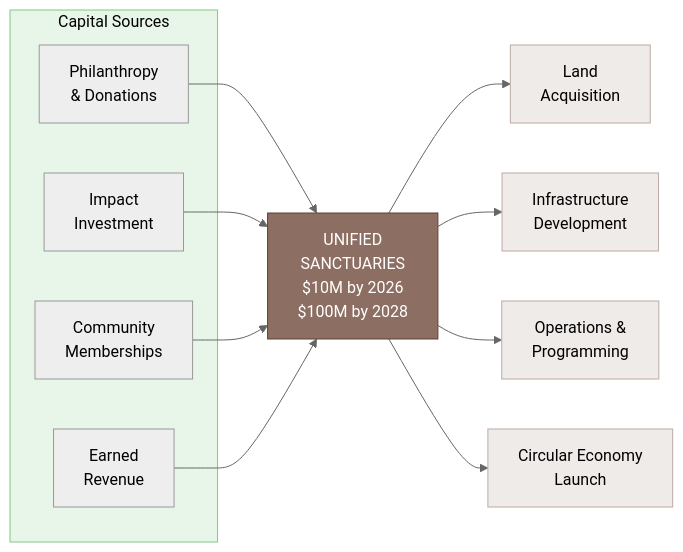
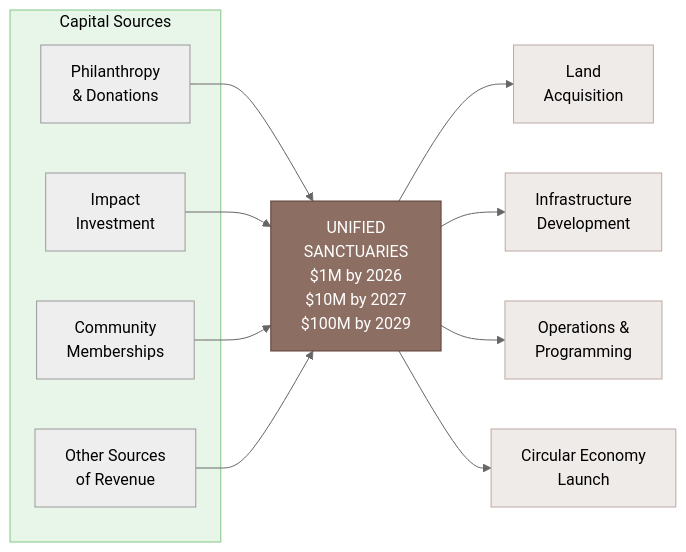
The second of 6 diagrams in unified-sanctuaries/EXECUTIVE-SUMMARY.md (Light-Brands/sydney), drawn with Mermaid (neutral theme) before and after one commit. The commit also changed other lines of this file, not shown here.

````diff
--- a/unified-sanctuaries/EXECUTIVE-SUMMARY.md
+++ b/unified-sanctuaries/EXECUTIVE-SUMMARY.md
@@ -83,26 +84,26 @@
 ```mermaid
 flowchart LR
     subgraph SOURCES["Capital Sources"]
         DON["Philanthropy<br/>& Donations"]
         INV["Impact<br/>Investment"]
         MEM["Community<br/>Memberships"]
-        EARN["Earned<br/>Revenue"]
+        EARN["Other Sources<br/>of Revenue"]
     end
 
-    DON --> US["UNIFIED<br/>SANCTUARIES<br/>$10M by 2026<br/>$100M by 2028"]
+    DON --> US["UNIFIED<br/>SANCTUARIES<br/>$1M by 2026<br/>$10M by 2027<br/>$100M by 2029"]
     INV --> US
     MEM --> US
     EARN --> US
 
     US --> LAND["Land<br/>Acquisition"]
     US --> INFRA["Infrastructure<br/>Development"]
     US --> OPS["Operations &<br/>Programming"]
     US --> ECON["Circular Economy<br/>Launch"]
 
     style SOURCES fill:#E8F5E9,stroke:#81C784,color:#000
     style US fill:#8D6E63,stroke:#5D4037,color:#fff
     style LAND fill:#EFEBE9,stroke:#BCAAA4,color:#000
     style INFRA fill:#EFEBE9,stroke:#BCAAA4,color:#000
     style OPS fill:#EFEBE9,stroke:#BCAAA4,color:#000
     style ECON fill:#EFEBE9,stroke:#BCAAA4,color:#000
 ```
````
